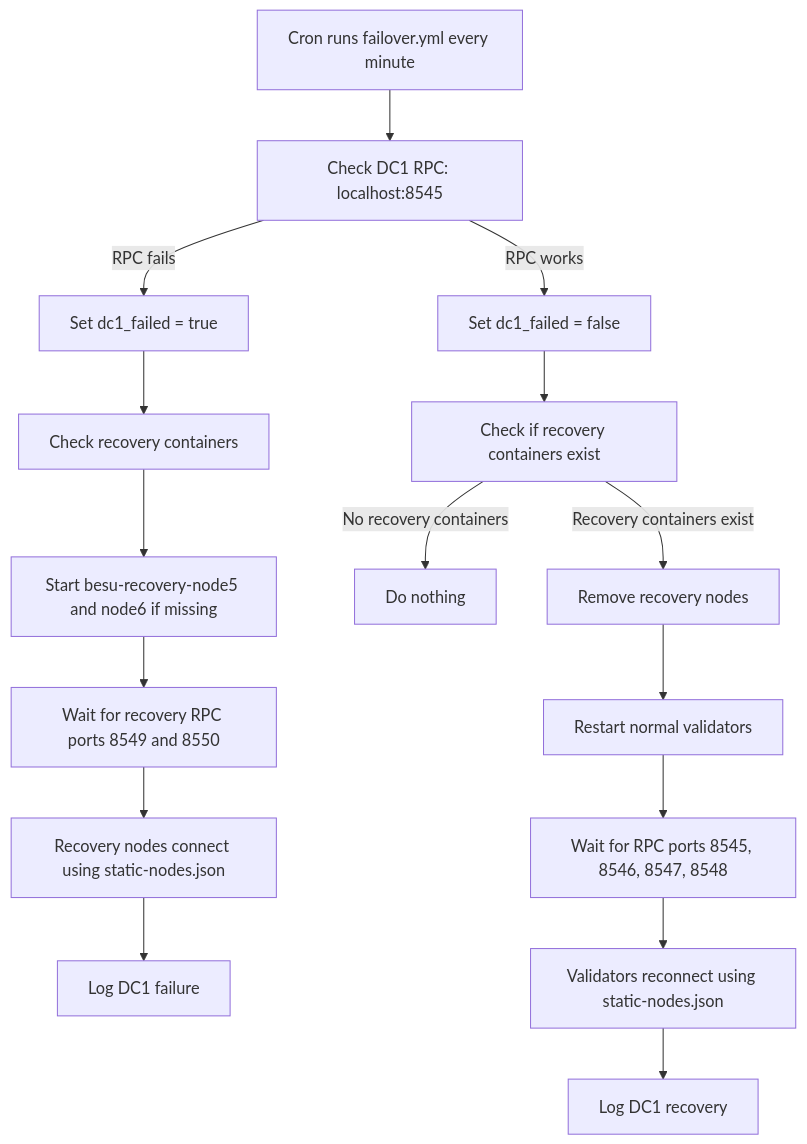
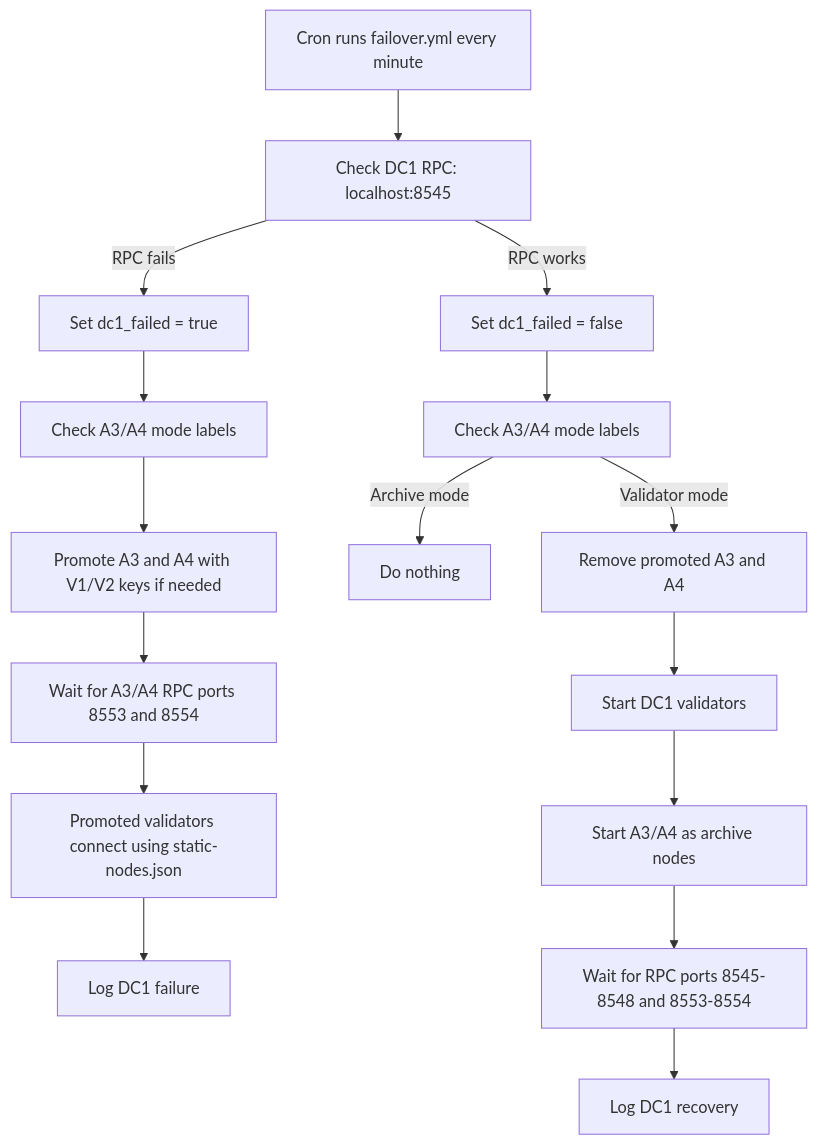
Before and after one commit to SI-JsonWeb/hyperladger-besu: the diagram in network/docs/ansible-beginner-guide.md, drawn with Mermaid. The commit also changed other lines of this file and 19 other files, not shown here.

Commit message:
Add archive standby validators

````diff
--- a/network/docs/ansible-beginner-guide.md
+++ b/network/docs/ansible-beginner-guide.md
@@ -245,21 +247,21 @@
 ```mermaid
 flowchart TD
     A[Cron runs failover.yml every minute] --> B[Check DC1 RPC: localhost:8545]
 
     B -->|RPC fails| C[Set dc1_failed = true]
     B -->|RPC works| H[Set dc1_failed = false]
 
-    C --> D[Check recovery containers]
-    D --> E[Start besu-recovery-node5 and node6 if missing]
-    E --> F[Wait for recovery RPC ports 8549 and 8550]
-    F --> G[Recovery nodes connect using static-nodes.json]
+    C --> D[Check A3/A4 mode labels]
+    D --> E[Promote A3 and A4 with V1/V2 keys if needed]
+    E --> F[Wait for A3/A4 RPC ports 8553 and 8554]
+    F --> G[Promoted validators connect using static-nodes.json]
     G --> Z[Log DC1 failure]
 
-    H --> I[Check if recovery containers exist]
-    I -->|No recovery containers| J[Do nothing]
-    I -->|Recovery containers exist| K[Remove recovery nodes]
-    K --> L[Restart normal validators]
-    L --> M[Wait for RPC ports 8545, 8546, 8547, 8548]
-    M --> N[Validators reconnect using static-nodes.json]
+    H --> I[Check A3/A4 mode labels]
+    I -->|Archive mode| J[Do nothing]
+    I -->|Validator mode| K[Remove promoted A3 and A4]
+    K --> L[Start DC1 validators]
+    L --> M[Start A3/A4 as archive nodes]
+    M --> N[Wait for RPC ports 8545-8548 and 8553-8554]
     N --> O[Log DC1 recovery]
 ```
````
